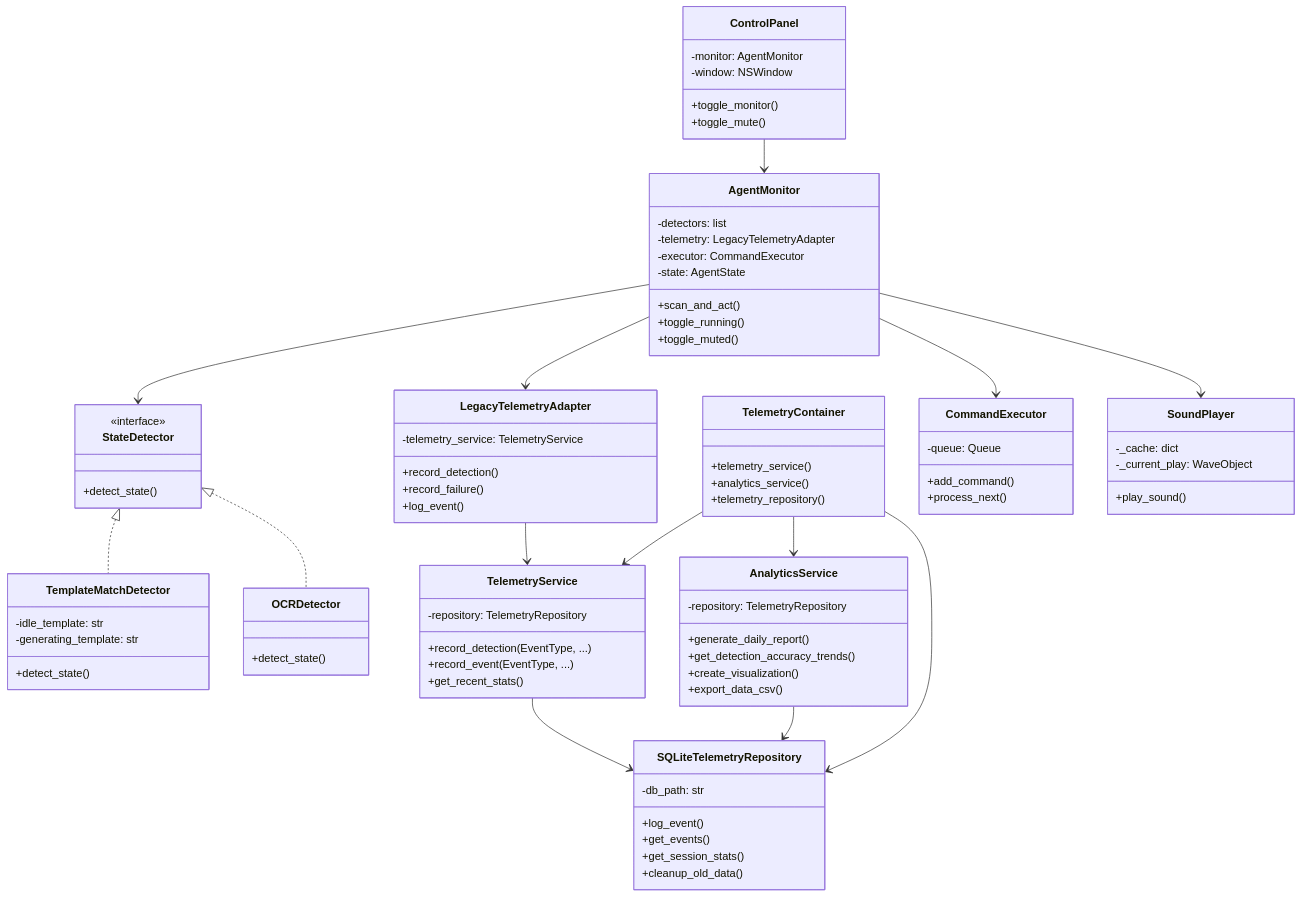
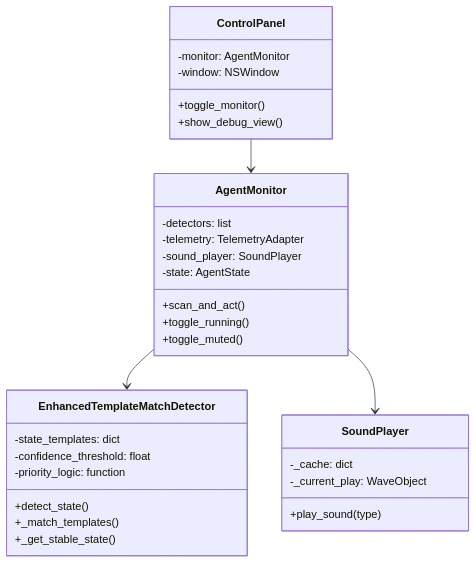
Before and after one commit to NeuralEmpowerment/cursor_agent_manager: the first of 2 diagrams in README.md, drawn with Mermaid. The commit also changed other lines of this file, not shown here.

````diff
--- a/README.md
+++ b/README.md
@@ -79,84 +223,34 @@
 classDiagram
     class AgentMonitor {
         -detectors: list
-        -telemetry: LegacyTelemetryAdapter
-        -executor: CommandExecutor
+        -telemetry: TelemetryAdapter
+        -sound_player: SoundPlayer
         -state: AgentState
         +scan_and_act()
         +toggle_running()
         +toggle_muted()
     }
-    class StateDetector {
-        <<interface>>
+    class EnhancedTemplateMatchDetector {
+        -state_templates: dict
+        -confidence_threshold: float
+        -priority_logic: function
         +detect_state()
-    }
-    class TemplateMatchDetector {
-        -idle_template: str
-        -generating_template: str
-        +detect_state()
-    }
-    class OCRDetector {
-        +detect_state()
-    }
-    class LegacyTelemetryAdapter {
-        -telemetry_service: TelemetryService
-        +record_detection()
-        +record_failure()
-        +log_event()
-    }
-    class TelemetryService {
-        -repository: TelemetryRepository
-        +record_detection(EventType, ...)
-        +record_event(EventType, ...)
-        +get_recent_stats()
-    }
-    class SQLiteTelemetryRepository {
-        -db_path: str
-        +log_event()
-        +get_events()
-        +get_session_stats()
-        +cleanup_old_data()
-    }
-    class AnalyticsService {
-        -repository: TelemetryRepository
-        +generate_daily_report()
-        +get_detection_accuracy_trends()
-        +create_visualization()
-        +export_data_csv()
-    }
-    class TelemetryContainer {
-        +telemetry_service()
-        +analytics_service()
-        +telemetry_repository()
-    }
-    class CommandExecutor {
-        -queue: Queue
-        +add_command()
-        +process_next()
+        +_match_templates()
+        +_get_stable_state()
     }
     class SoundPlayer {
         -_cache: dict
         -_current_play: WaveObject
-        +play_sound()
+        +play_sound(type)
     }
     class ControlPanel {
         -monitor: AgentMonitor
         -window: NSWindow
         +toggle_monitor()
-        +toggle_mute()
+        +show_debug_view()
     }
     
-    AgentMonitor --> StateDetector
-    StateDetector <|.. TemplateMatchDetector
-    StateDetector <|.. OCRDetector
-    AgentMonitor --> LegacyTelemetryAdapter
-    LegacyTelemetryAdapter --> TelemetryService
-    TelemetryService --> SQLiteTelemetryRepository
-    AnalyticsService --> SQLiteTelemetryRepository
-    TelemetryContainer --> TelemetryService
-    TelemetryContainer --> AnalyticsService
-    TelemetryContainer --> SQLiteTelemetryRepository
-    AgentMonitor --> CommandExecutor
+    AgentMonitor --> EnhancedTemplateMatchDetector
     AgentMonitor --> SoundPlayer
     ControlPanel --> AgentMonitor
 ```
````
